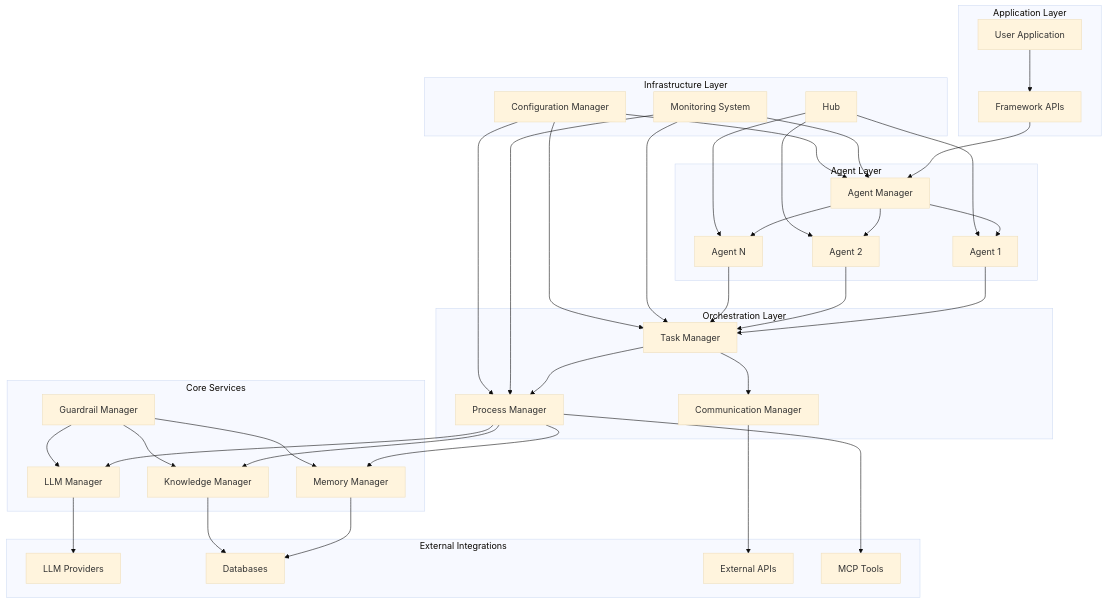
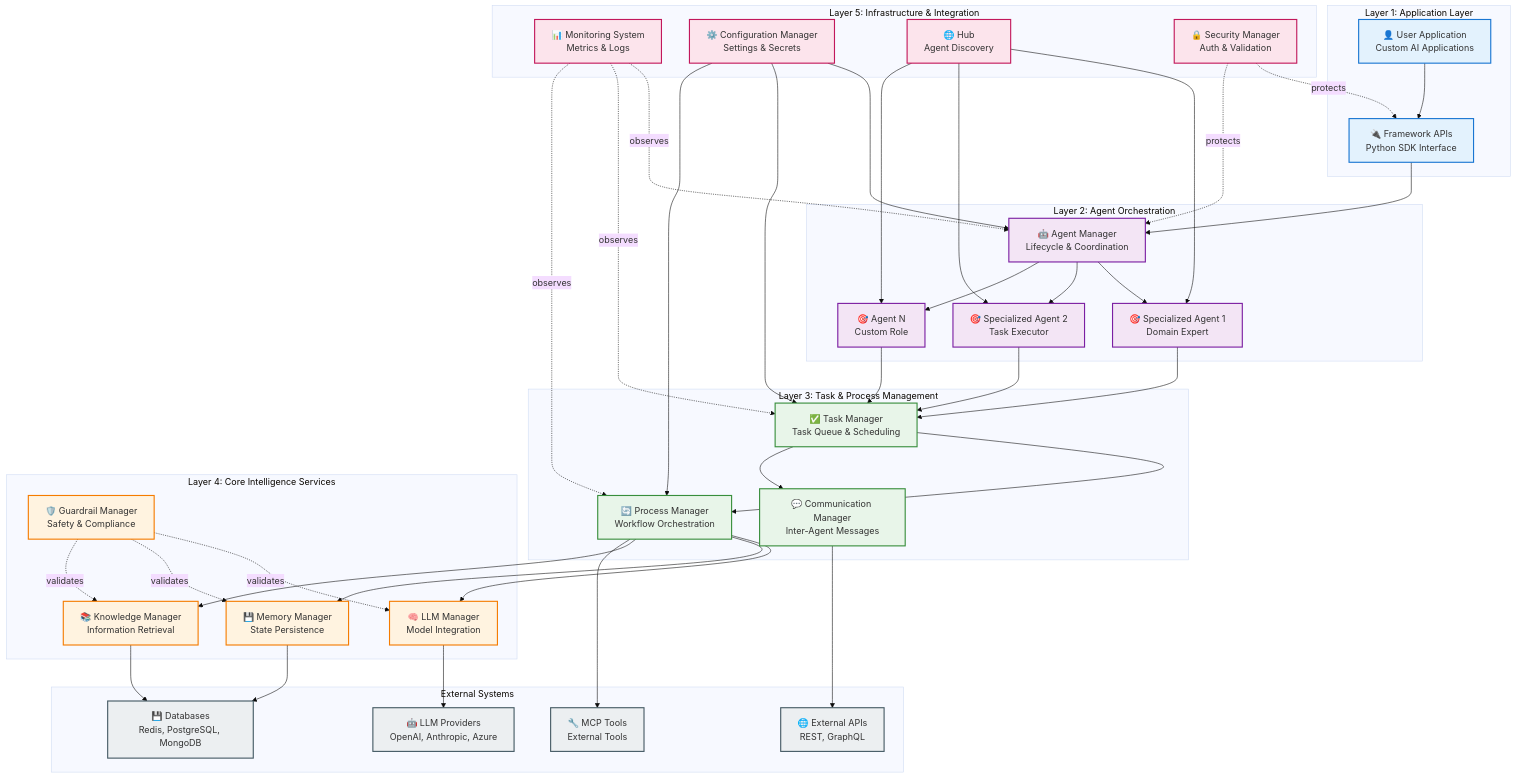
Before and after one commit to isathish/agenticaiframework: the first of 7 diagrams in docs/architecture.md, drawn with Mermaid (base theme). The commit also changed other lines of this file and 12 other files, not shown here.

First line of the commit message:
Enhance documentation with detailed memory architecture, task module overview, and improved styling

````diff
--- a/docs/architecture.md
+++ b/docs/architecture.md
@@ -17,79 +51,71 @@
 ```mermaid
 graph TB
-    subgraph "Application Layer"
-        UA[User Application]
-        API[Framework APIs]
+    subgraph "Layer 1: Application Layer"
+        UA["👤 User Application<br/>Custom AI Applications"]
+        API["🔌 Framework APIs<br/>Python SDK Interface"]
     end
     
-    subgraph "Agent Layer"
-        AM[Agent Manager]
-        A1[Agent 1]
-        A2[Agent 2]
-        AN[Agent N]
+    subgraph "Layer 2: Agent Orchestration"
+        AM["🤖 Agent Manager<br/>Lifecycle & Coordination"]
+        A1["🎯 Specialized Agent 1<br/>Domain Expert"]
+        A2["🎯 Specialized Agent 2<br/>Task Executor"]
+        AN["🎯 Agent N<br/>Custom Role"]
     end
     
-    subgraph "Orchestration Layer"
-        TM[Task Manager]
-        PM[Process Manager]
-        CM[Communication Manager]
+    subgraph "Layer 3: Task & Process Management"
+        TM["✅ Task Manager<br/>Task Queue & Scheduling"]
+        PM["🔄 Process Manager<br/>Workflow Orchestration"]
+        CM["💬 Communication Manager<br/>Inter-Agent Messages"]
     end
     
-    subgraph "Core Services"
-        LM[LLM Manager]
-        MM[Memory Manager]
-        KM[Knowledge Manager]
-        GM[Guardrail Manager]
+    subgraph "Layer 4: Core Intelligence Services"
+        LM["🧠 LLM Manager<br/>Model Integration"]
+        MM["💾 Memory Manager<br/>State Persistence"]
+        KM["📚 Knowledge Manager<br/>Information Retrieval"]
+        GM["🛡️ Guardrail Manager<br/>Safety & Compliance"]
     end
     
-    subgraph "Infrastructure Layer"
-        MON[Monitoring System]
-        CONFIG[Configuration Manager]
-        HUB[Hub]
+    subgraph "Layer 5: Infrastructure & Integration"
+        MON["📊 Monitoring System<br/>Metrics & Logs"]
+        CONFIG["⚙️ Configuration Manager<br/>Settings & Secrets"]
+        HUB["🌐 Hub<br/>Agent Discovery"]
+        SEC["🔒 Security Manager<br/>Auth & Validation"]
     end
     
-    subgraph "External Integrations"
-        LLMS[LLM Providers]
-        DB[Databases]
-        APIs[External APIs]
-        TOOLS[MCP Tools]
+    subgraph "External Systems"
+        LLMS["🤖 LLM Providers<br/>OpenAI, Anthropic, Azure"]
+        DB["💾 Databases<br/>Redis, PostgreSQL, MongoDB"]
+        APIS["🌐 External APIs<br/>REST, GraphQL"]
+        TOOLS["🔧 MCP Tools<br/>External Tools"]
     end
     
     UA --> API
     API --> AM
-    AM --> A1
-    AM --> A2
-    AM --> AN
+    AM --> A1 & A2 & AN
+    A1 & A2 & AN --> TM
+    TM --> PM & CM
+    PM --> LM & MM & KM
+    GM -."validates".-> LM & MM & KM
+    MON -."observes".-> AM & TM & PM
+    CONFIG --> AM & TM & PM
+    HUB --> A1 & A2 & AN
+    SEC -."protects".-> API & AM
+    LM --> LLMS
+    MM & KM --> DB
+    CM --> APIS
+    PM --> TOOLS
     
-    A1 --> TM
-    A2 --> TM
-    AN --> TM
+    classDef layer1 fill:#e3f2fd,stroke:#1976d2,stroke-width:2px
+    classDef layer2 fill:#f3e5f5,stroke:#7b1fa2,stroke-width:2px
+    classDef layer3 fill:#e8f5e9,stroke:#388e3c,stroke-width:2px
+    classDef layer4 fill:#fff3e0,stroke:#f57c00,stroke-width:2px
+    classDef layer5 fill:#fce4ec,stroke:#c2185b,stroke-width:2px
+    classDef external fill:#eceff1,stroke:#455a64,stroke-width:2px
     
-    TM --> PM
-    TM --> CM
-    
-    PM --> LM
-    PM --> MM
-    PM --> KM
-    
-    GM --> LM
-    GM --> MM
-    GM --> KM
-    
-    MON --> AM
-    MON --> TM
-    MON --> PM
-    
-    CONFIG --> AM
-    CONFIG --> TM
-    CONFIG --> PM
-    
-    HUB --> A1
-    HUB --> A2
-    HUB --> AN
-    
-    LM --> LLMS
-    MM --> DB
-    KM --> DB
-    CM --> APIs
-    PM --> TOOLS
+    class UA,API layer1
+    class AM,A1,A2,AN layer2
+    class TM,PM,CM layer3
+    class LM,MM,KM,GM layer4
+    class MON,CONFIG,HUB,SEC layer5
+    class LLMS,DB,APIS,TOOLS external
 ```
````
